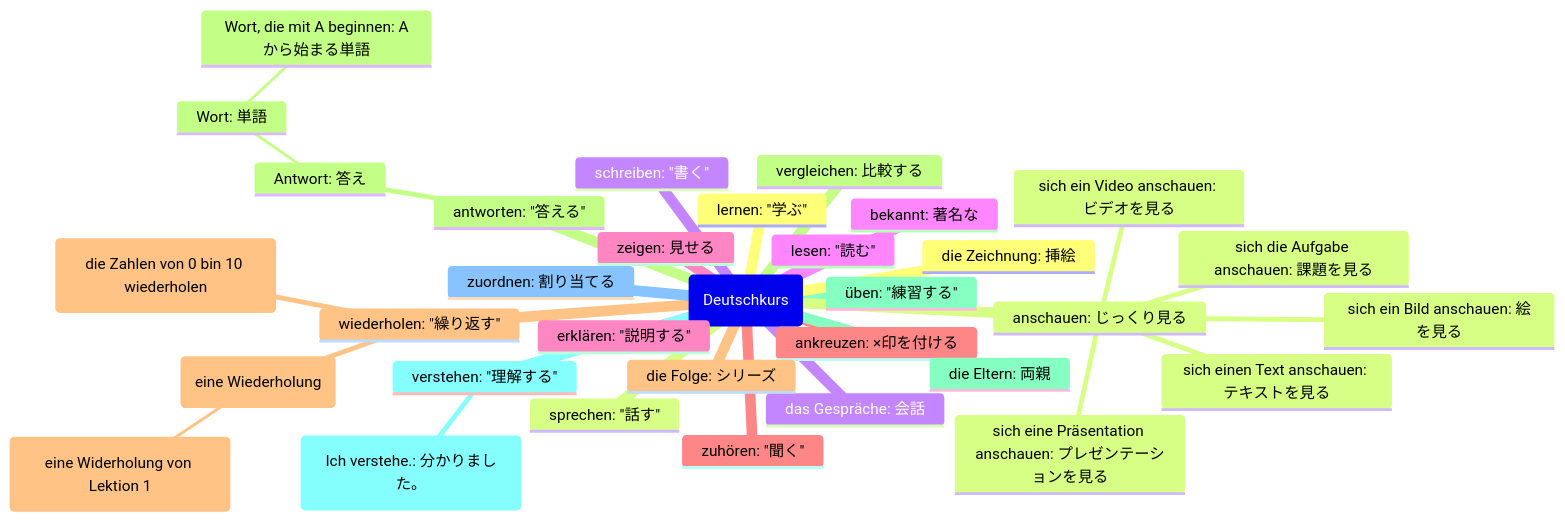
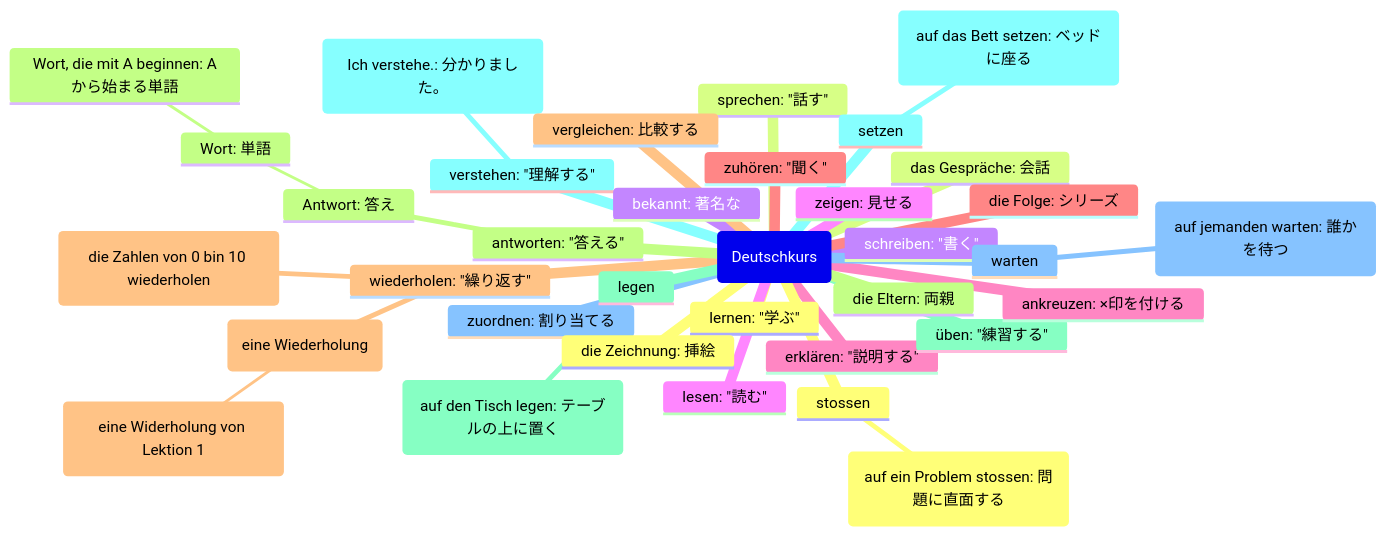
Before and after one commit to hyonsoku/mindmap: the diagram in Dutesch/Verb/Dutschkurs.md, drawn with Mermaid. The commit also changed other lines of this file and 2 other files, not shown here.

````diff
--- a/Dutesch/Verb/Dutschkurs.md
+++ b/Dutesch/Verb/Dutschkurs.md
@@ -3,36 +4,38 @@
 ```mermaid
 mindmap
   root(Deutschkurs)
     lernen: "学ぶ"
     sprechen: "話す"
     schreiben: "書く"
     lesen: "読む"
     erklären: "説明する"
     zuhören: "聞く"
     wiederholen: "繰り返す"
         (die Zahlen von 0 bin 10 wiederholen)
         (eine Wiederholung)
             (eine Widerholung von Lektion 1)
     antworten: "答える"
         Antwort: 答え
             Wort: 単語
                 Wort, die mit A beginnen: Aから始まる単語
     üben: "練習する"
     verstehen: "理解する"
         (Ich verstehe.: 分かりました。)
     zuordnen: 割り当てる
     die Zeichnung: 挿絵
-    anschauen: じっくり見る
-        sich eine Präsentation anschauen: プレゼンテーションを見る
-        sich einen Text anschauen: テキストを見る
-        sich die Aufgabe anschauen: 課題を見る
-        sich ein Video anschauen: ビデオを見る
-        sich ein Bild anschauen: 絵を見る
     das Gespräche: 会話
     bekannt: 著名な
     zeigen: 見せる
     ankreuzen: ×印を付ける
     die Folge: シリーズ
     vergleichen: 比較する
     die Eltern: 両親
+    legen
+        (auf den Tisch legen: テーブルの上に置く)
+    setzen
+        (auf das Bett setzen: ベッドに座る)
+    warten
+        (auf jemanden warten: 誰かを待つ)
+    stossen
+        (auf ein Problem stossen: 問題に直面する)
 ```
````
